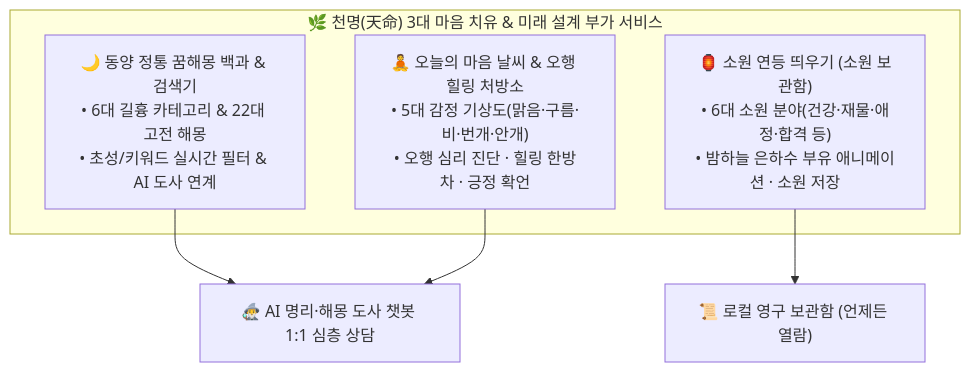
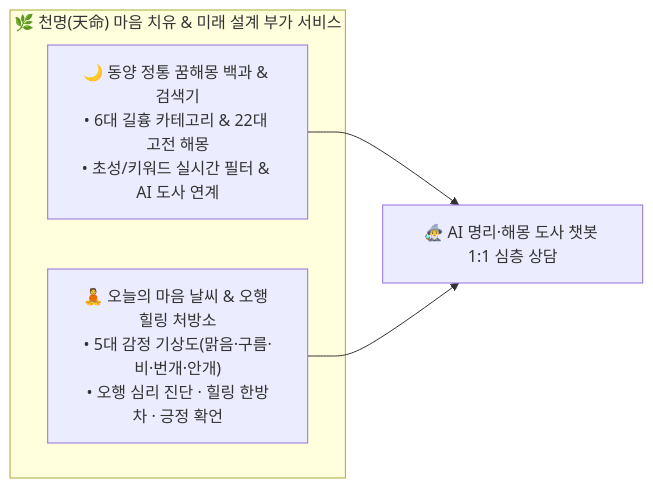
Before and after one commit to minjae0529-blip/Daily-Fortune: the third of 6 diagrams in README.md, drawn with Mermaid. The commit also changed other lines of this file and 11 other files, not shown here.

````diff
--- a/README.md
+++ b/README.md
@@ -117,11 +233,9 @@
 ```mermaid
-flowchart TD
-    subgraph Wellness ["🌿 천명(天命) 3대 마음 치유 & 미래 설계 부가 서비스"]
+flowchart LR
+    subgraph Wellness ["🌿 천명(天命) 마음 치유 & 미래 설계 부가 서비스"]
         Dream["🌙 동양 정통 꿈해몽 백과 & 검색기<br/>• 6대 길흉 카테고리 & 22대 고전 해몽<br/>• 초성/키워드 실시간 필터 & AI 도사 연계"]
         Mood["🧘 오늘의 마음 날씨 & 오행 힐링 처방소<br/>• 5대 감정 기상도(맑음·구름·비·번개·안개)<br/>• 오행 심리 진단 · 힐링 한방차 · 긍정 확언"]
-        Wish["🏮 소원 연등 띄우기 (소원 보관함)<br/>• 6대 소원 분야(건강·재물·애정·합격 등)<br/>• 밤하늘 은하수 부유 애니메이션 · 소원 저장"]
     end
     Dream --> AI["🧙‍♂️ AI 명리·해몽 도사 챗봇 1:1 심층 상담"]
     Mood --> AI
-    Wish --> Storage["📜 로컬 영구 보관함 (언제든 열람)"]
 ```
````
